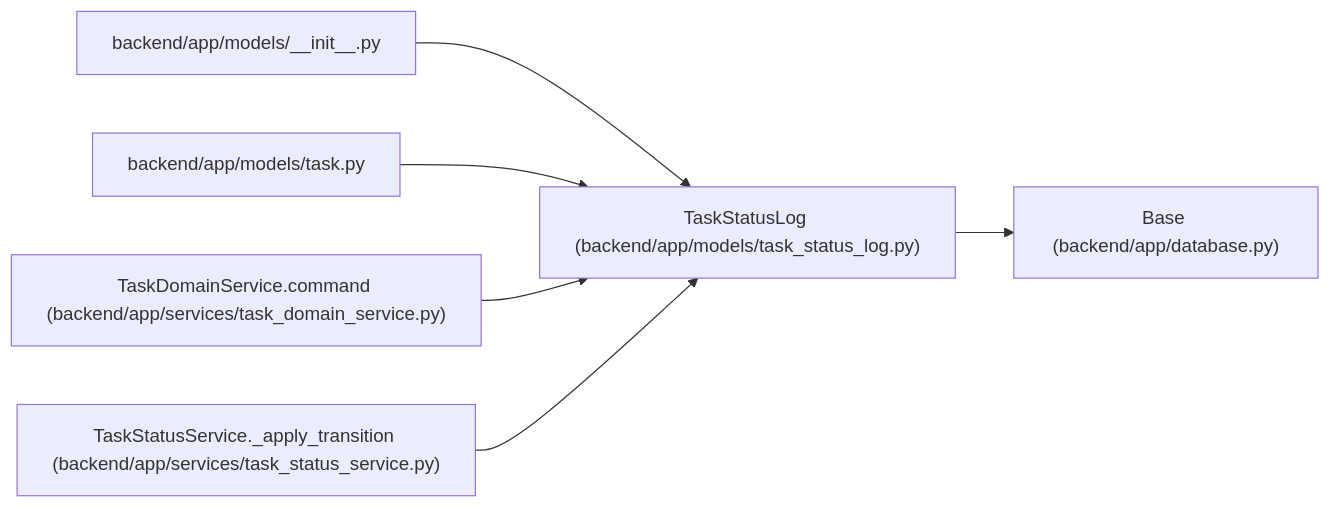
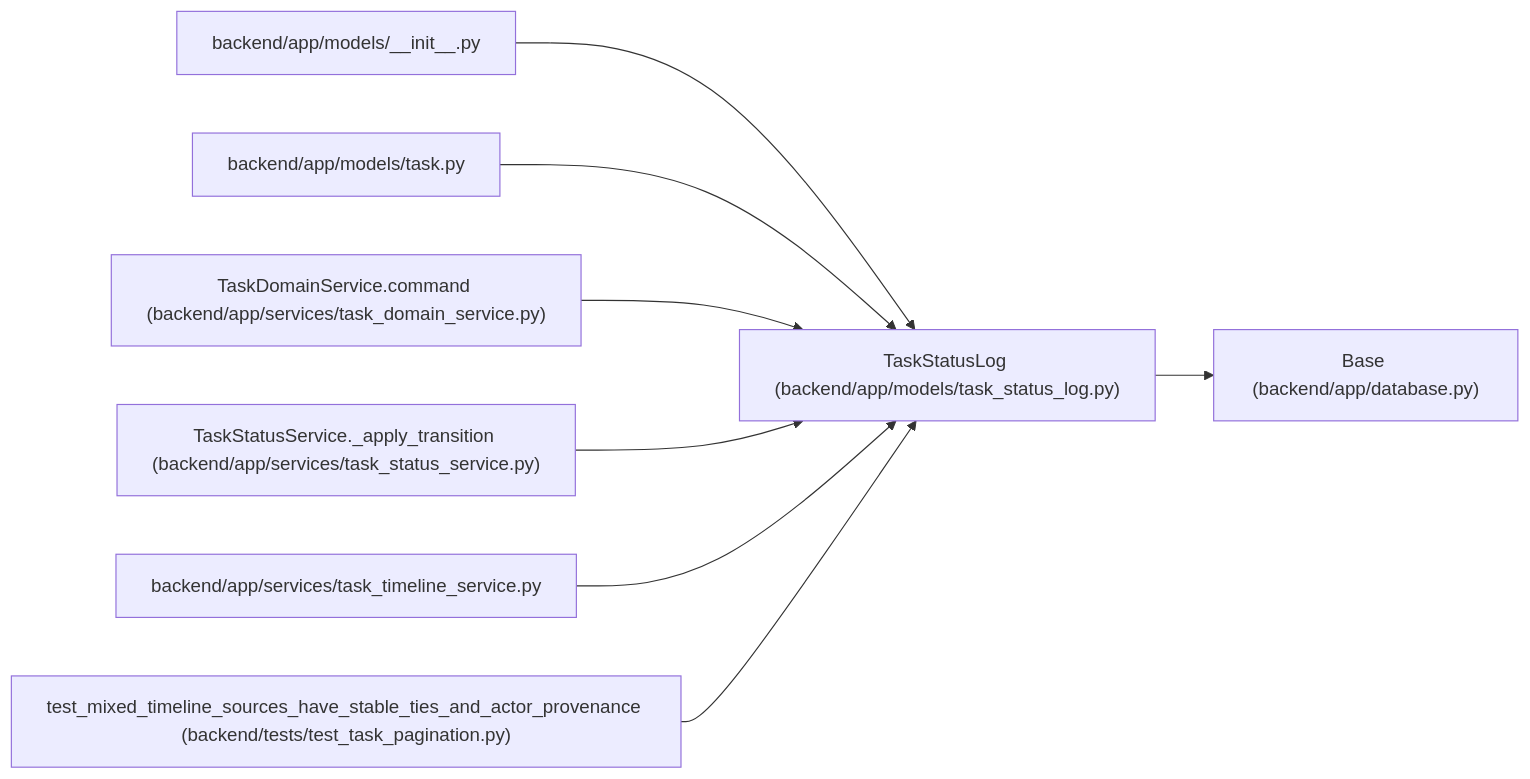
Before and after one commit to Denissvgn/WorkChord: the diagram in docs/llm_wiki/entities/task_status_log_TaskStatusLog.md, drawn with Mermaid. The commit also changed other lines of this file and 2509 other files, not shown here.

````diff
--- a/docs/llm_wiki/entities/task_status_log_TaskStatusLog.md
+++ b/docs/llm_wiki/entities/task_status_log_TaskStatusLog.md
@@ -35,20 +35,26 @@
 ```mermaid
 flowchart LR
     n0["TaskStatusLog (backend/app/models/task_status_log.py)"]
     n1["Base (backend/app/database.py)"]
     n2["backend/app/models/__init__.py"]
     n3["backend/app/models/task.py"]
     n4["TaskDomainService.command (backend/app/services/task_domain_service.py)"]
     n5["TaskStatusService._apply_transition (backend/app/services/task_status_service.py)"]
+    n6["backend/app/services/task_timeline_service.py"]
+    n7["test_mixed_timeline_sources_have_stable_ties_and_actor_provenance (backend/tests/test_task_pagination.py)"]
     n0 --> n1
     n2 --> n0
     n3 --> n0
     n4 --> n0
     n5 --> n0
+    n6 --> n0
+    n7 --> n0
     click n0 "../modules/task_status_log.md"
     click n1 "../modules/app_database.md"
     click n2 "../modules/models___init__.md"
     click n3 "../modules/models_task.md"
     click n4 "../modules/task_domain_service.md"
     click n5 "../modules/task_status_service.md"
+    click n6 "../modules/task_timeline_service.md"
+    click n7 "../modules/test_task_pagination.md"
 ```
````
